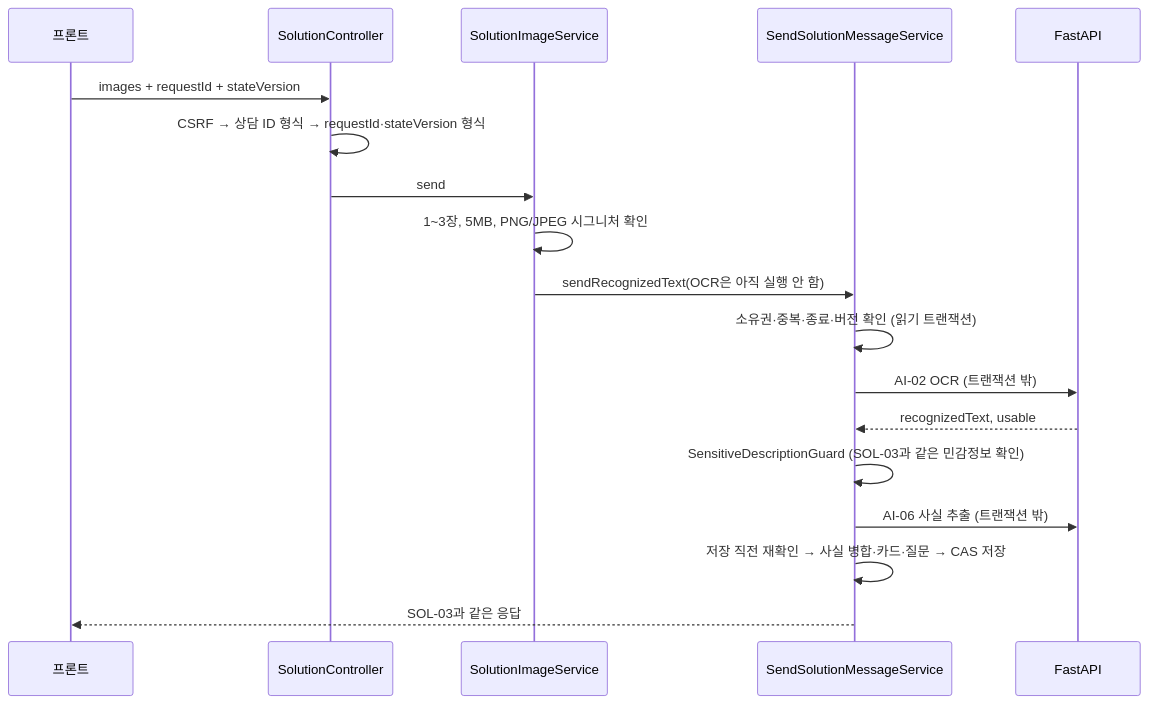
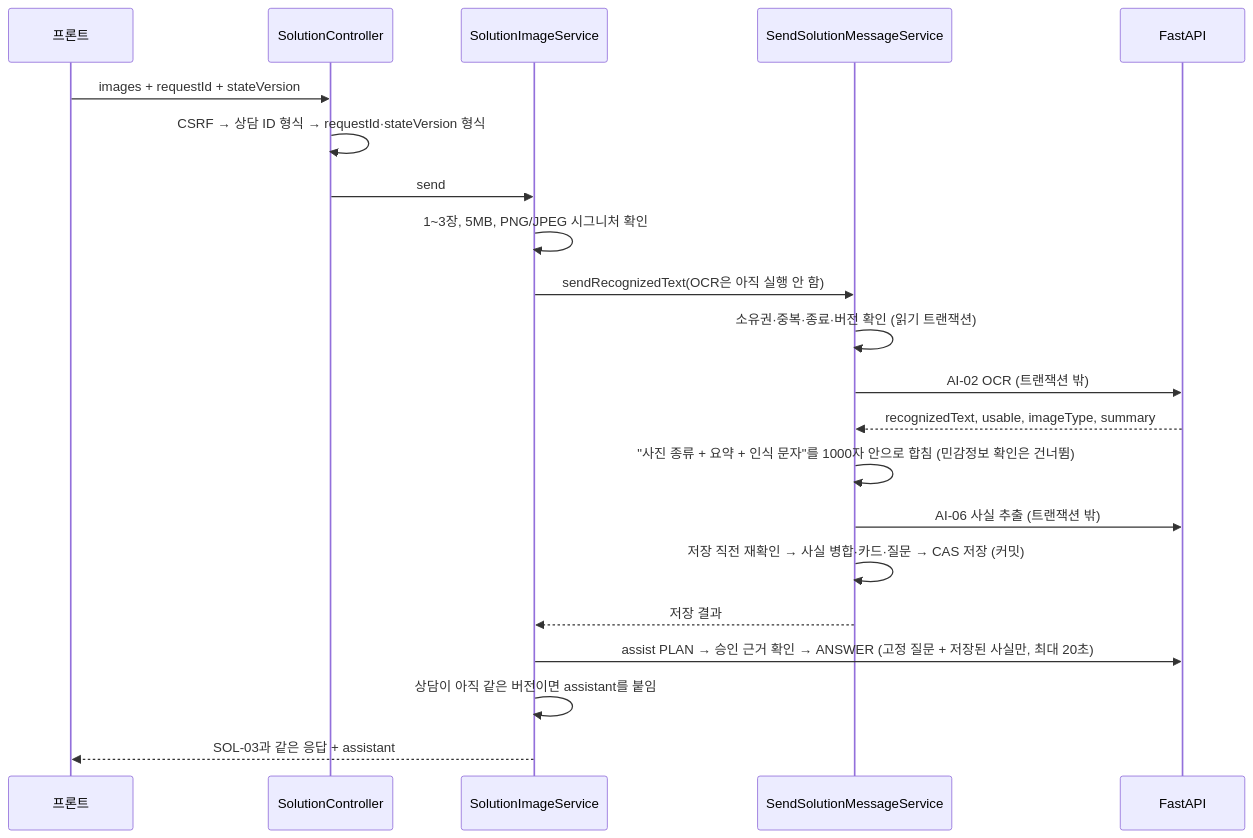
The diagram in docs/sol-06-session-images.md (geumsappa/WSID_BE), drawn with Mermaid before and after one commit. The commit also changed other lines of this file and 14 other files, not shown here.

First line of the commit message:
feat(solution): SOL-06 사진 분류·요약 반영, 민감정보 사진 허용, 저장 뒤 대응 안내

````diff
--- a/docs/sol-06-session-images.md
+++ b/docs/sol-06-session-images.md
@@ -46,20 +52,23 @@
 ```mermaid
 sequenceDiagram
     participant FE as 프론트
     participant C as SolutionController
     participant I as SolutionImageService
     participant M as SendSolutionMessageService
     participant AI as FastAPI
     FE->>C: images + requestId + stateVersion
     C->>C: CSRF → 상담 ID 형식 → requestId·stateVersion 형식
     C->>I: send
     I->>I: 1~3장, 5MB, PNG/JPEG 시그니처 확인
     I->>M: sendRecognizedText(OCR은 아직 실행 안 함)
     M->>M: 소유권·중복·종료·버전 확인 (읽기 트랜잭션)
     M->>AI: AI-02 OCR (트랜잭션 밖)
-    AI-->>M: recognizedText, usable
-    M->>M: SensitiveDescriptionGuard (SOL-03과 같은 민감정보 확인)
+    AI-->>M: recognizedText, usable, imageType, summary
+    M->>M: "사진 종류 + 요약 + 인식 문자"를 1000자 안으로 합침 (민감정보 확인은 건너뜀)
     M->>AI: AI-06 사실 추출 (트랜잭션 밖)
-    M->>M: 저장 직전 재확인 → 사실 병합·카드·질문 → CAS 저장
-    M-->>FE: SOL-03과 같은 응답
+    M->>M: 저장 직전 재확인 → 사실 병합·카드·질문 → CAS 저장 (커밋)
+    M-->>I: 저장 결과
+    I->>AI: assist PLAN → 승인 근거 확인 → ANSWER (고정 질문 + 저장된 사실만, 최대 20초)
+    I->>I: 상담이 아직 같은 버전이면 assistant를 붙임
+    I-->>FE: SOL-03과 같은 응답 + assistant
 ```
````
